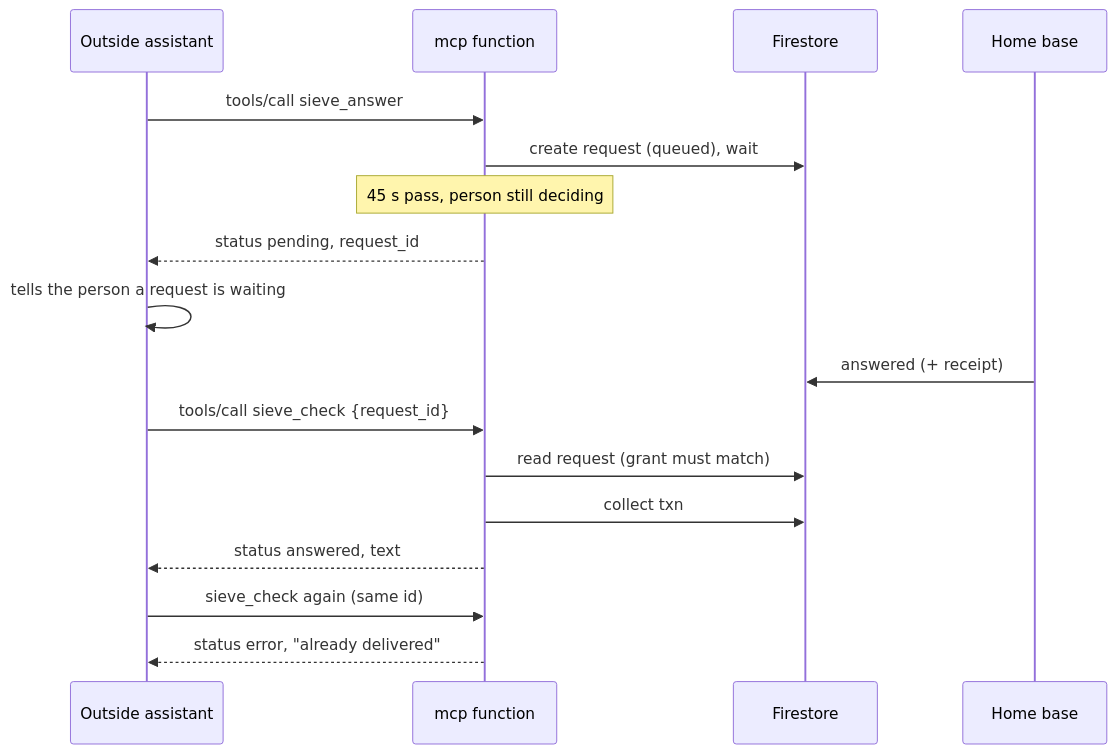
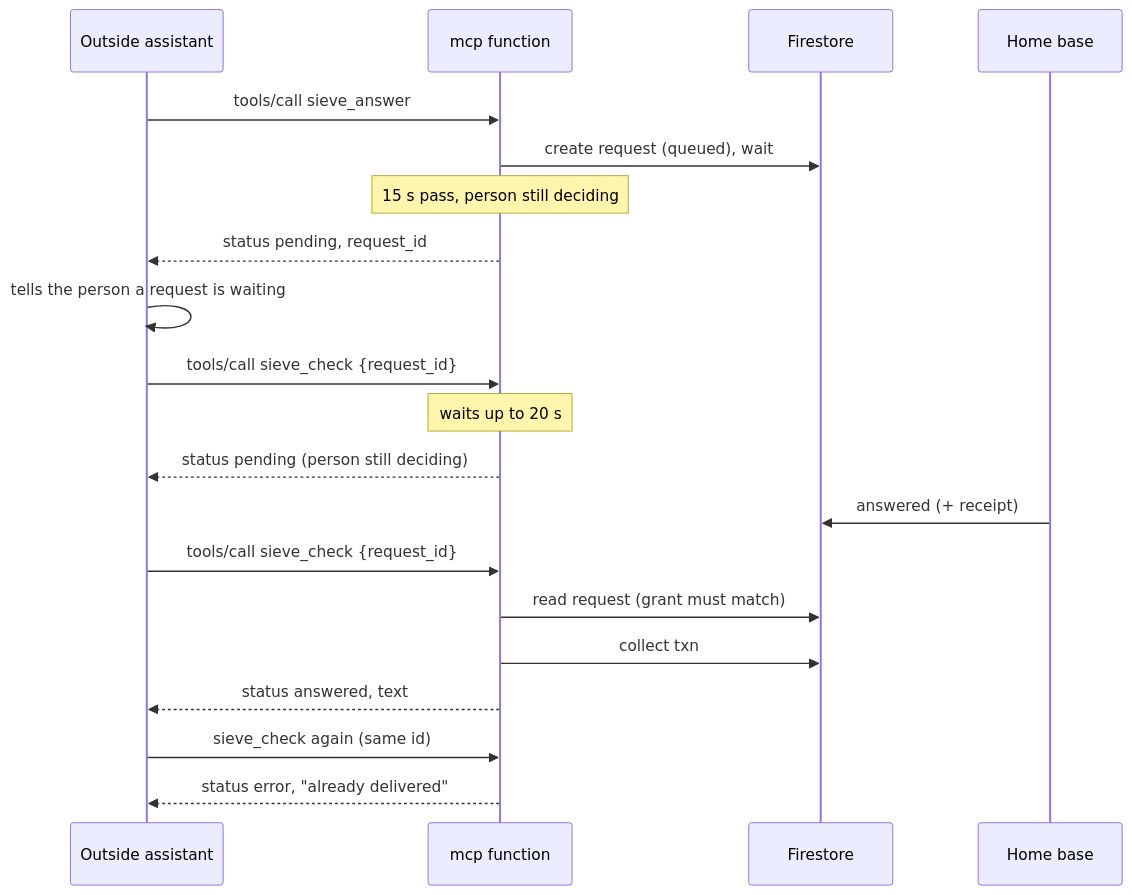
One commit to 1manideep/Sieve changed the fourth of 4 diagrams in docs/spec/30-relay-server.md. Above: the diagram before and after it, drawn with Mermaid. The commit also changed other lines of this file and 95 other files, not shown here.

````diff
--- a/docs/spec/30-relay-server.md
+++ b/docs/spec/30-relay-server.md
@@ -1096,19 +1130,22 @@
 ```mermaid
 sequenceDiagram
   participant A as Outside assistant
   participant F as mcp function
   participant Q as Firestore
   participant B as Home base
   A->>F: tools/call sieve_answer
   F->>Q: create request (queued), wait
-  Note over F: 45 s pass, person still deciding
+  Note over F: 15 s pass, person still deciding
   F-->>A: status pending, request_id
   A->>A: tells the person a request is waiting
+  A->>F: tools/call sieve_check {request_id}
+  Note over F: waits up to 20 s
+  F-->>A: status pending (person still deciding)
   B->>Q: answered (+ receipt)
   A->>F: tools/call sieve_check {request_id}
   F->>Q: read request (grant must match)
   F->>Q: collect txn
   F-->>A: status answered, text
   A->>F: sieve_check again (same id)
   F-->>A: status error, "already delivered"
 ```
````
